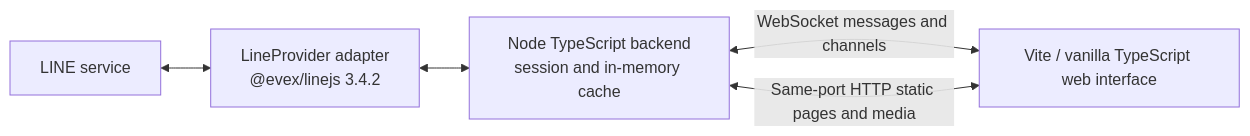
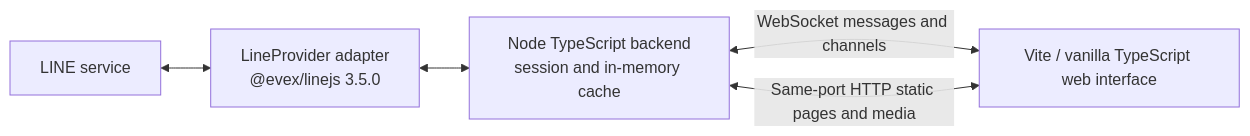
Before and after one commit to JS-PACKAGE/LINE.js: the first of 2 diagrams in README.en.md, drawn with Mermaid. The commit also changed other lines of this file and 8 other files, not shown here.

````diff
--- a/README.en.md
+++ b/README.en.md
@@ -19,7 +19,7 @@
 ```mermaid
 flowchart LR
-    LINE[LINE service] <--> Provider[LineProvider adapter\n@evex/linejs 3.4.2]
+    LINE[LINE service] <--> Provider[LineProvider adapter\n@evex/linejs 3.5.0]
     Provider <--> Backend[Node TypeScript backend\nsession and in-memory cache]
     Backend <-->|WebSocket messages and channels| Browser[Vite / vanilla TypeScript web interface]
     Backend <-->|Same-port HTTP static pages and media| Browser
 ```
````
